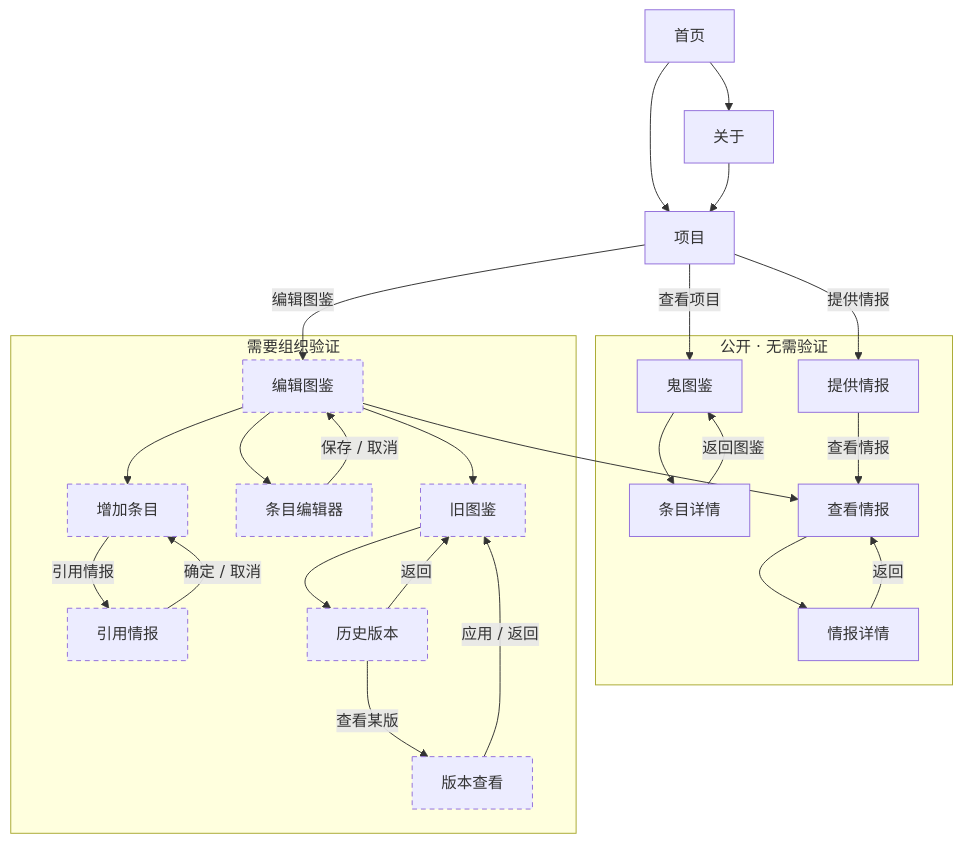
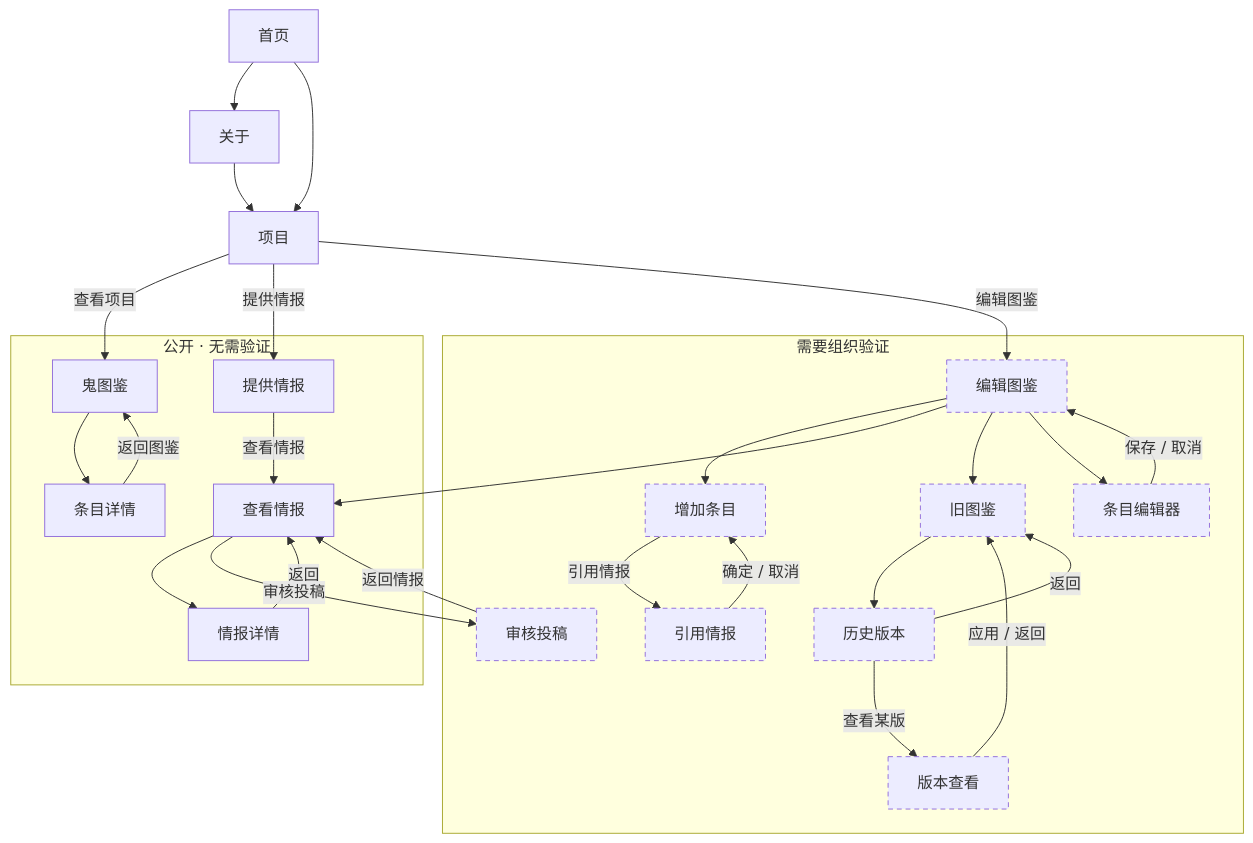
The diagram in guitu/访客流程图.md (cangwu-protect-union/cangwu-protect-union.github.io), drawn with Mermaid before and after one commit. The commit also changed 27 other files, not shown here.

````diff
--- a/guitu/访客流程图.md
+++ b/guitu/访客流程图.md
@@ -7,58 +7,61 @@
 ```mermaid
 flowchart TD
 
   H["首页"]
   A["关于"]
   P["项目"]
 
   subgraph open["公开 · 无需验证"]
     G["鬼图鉴"]
     E["条目详情"]
     O["提供情报"]
     T["查看情报"]
     TD["情报详情"]
   end
 
   subgraph locked["需要组织验证"]
     EG["编辑图鉴"]
     AG["增加条目"]
     EE["条目编辑器"]
     PT["引用情报"]
     OG["旧图鉴"]
     OE["历史版本"]
+    RV["审核投稿"]
     VV["版本查看"]
   end
 
   %% 主站
   H --> A
   H --> P
   A --> P
 
   %% 项目页的三个入口
   P -->|查看项目| G
   P -->|提供情报| O
   P -->|编辑图鉴| EG
 
   %% 公开区
   G --> E
   E -->|返回图鉴| G
   O -->|查看情报| T
   T --> TD
   TD -->|返回| T
 
   %% 编辑区
   EG --> AG
   EG --> T
   EG --> OG
   EG --> EE
   EE -->|保存 / 取消| EG
   AG -->|引用情报| PT
   PT -->|确定 / 取消| AG
   OG --> OE
   OE -->|查看某版| VV
   OE -->|返回| OG
   VV -->|应用 / 返回| OG
+  T -->|审核投稿| RV
+  RV -->|返回情报| T
 
   classDef lock stroke-dasharray: 5 4;
-  class EG,AG,EE,PT,OG,OE,VV lock;
+  class EG,AG,EE,PT,OG,OE,RV,VV lock;
 ```
````
